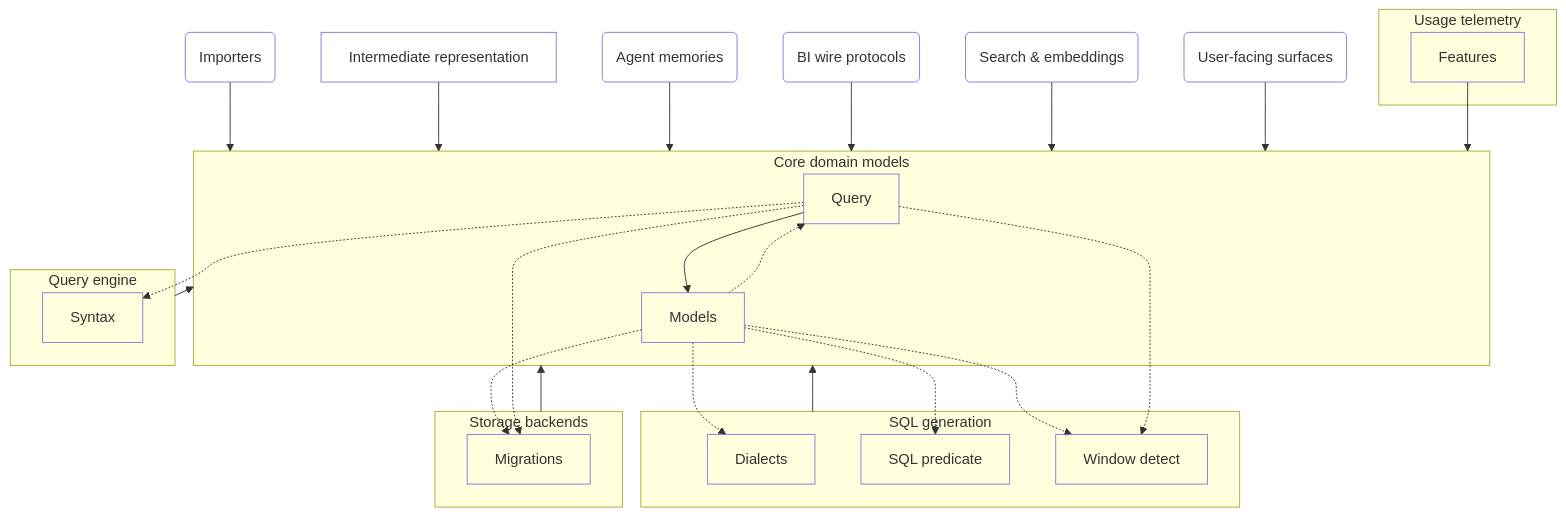
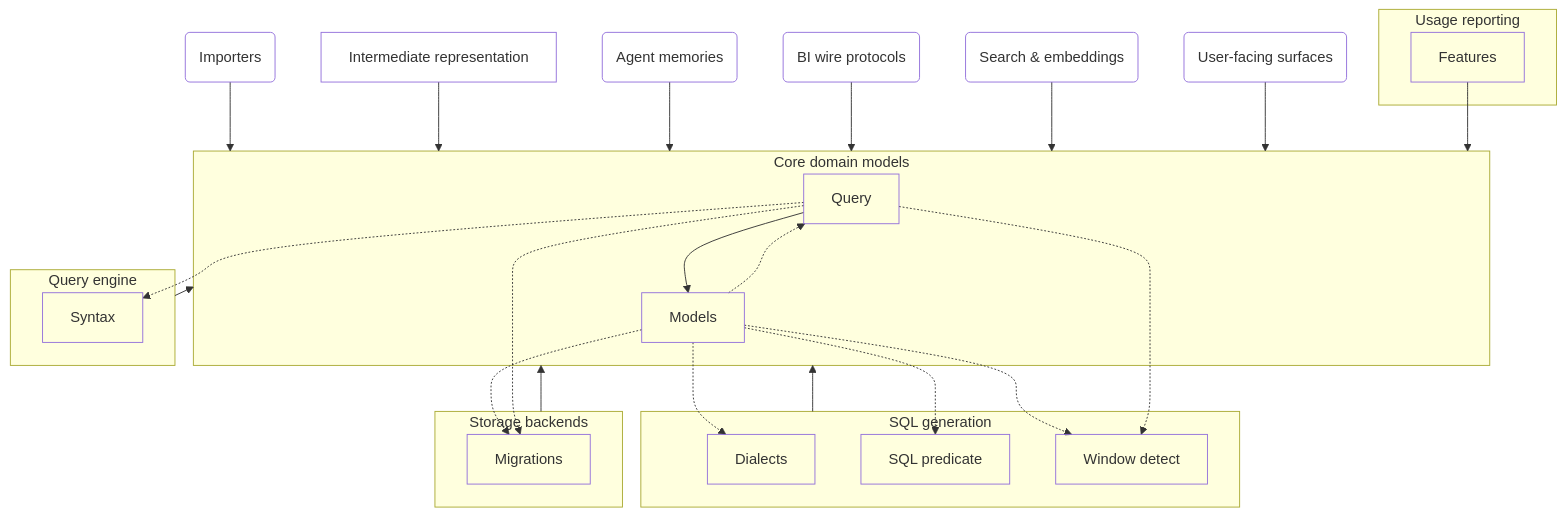
The diagram in architecture/core.arc42.md (MotleyAI/slayer), drawn with Mermaid before and after one commit. The commit also changed 41 other files, not shown here.

First line of the commit message:
Rename telemetry to usage reporting

````diff
--- a/architecture/core.arc42.md
+++ b/architecture/core.arc42.md
@@ -17,49 +17,49 @@
 ```mermaid
 flowchart TD
   %% core_focus: Core in context
   subgraph core["Core domain models"]
     core__query["Query"]
     core__models["Models"]
   end
   subgraph sql["SQL generation"]
     sql__dialects["Dialects"]
     sql__sql_predicate["SQL predicate"]
     sql__window_detect["Window detect"]
   end
   subgraph engine["Query engine"]
     engine__syntax["Syntax"]
   end
   ir["Intermediate representation"]
   subgraph storage["Storage backends"]
     storage__migrations["Migrations"]
   end
   importers("Importers")
   search("Search & embeddings")
   memories("Agent memories")
   protocols("BI wire protocols")
-  subgraph telemetry["Usage telemetry"]
-    telemetry__features["Features"]
+  subgraph usage_reporting["Usage reporting"]
+    usage_reporting__features["Features"]
   end
   surfaces("User-facing surfaces")
   core__query -.-> engine__syntax
   core__models -.-> sql__dialects
   core__models -.-> sql__sql_predicate
   core__models -.-> sql__window_detect
   core__query -.-> sql__window_detect
   core__models -.-> storage__migrations
   core__query -.-> storage__migrations
   core__models -.-> core__query
   core__query --> core__models
   engine --> core
   importers --> core
   ir --> core
   memories --> core
   protocols --> core
   search --> core
   sql --> core
   storage --> core
   surfaces --> core
-  telemetry__features --> core
+  usage_reporting__features --> core
   classDef leaf fill:none;
-  class core__query,core__models,sql__dialects,sql__sql_predicate,sql__window_detect,engine__syntax,ir,storage__migrations,importers,search,memories,protocols,telemetry__features,surfaces leaf;
+  class core__query,core__models,sql__dialects,sql__sql_predicate,sql__window_detect,engine__syntax,ir,storage__migrations,importers,search,memories,protocols,usage_reporting__features,surfaces leaf;
 ```
````
